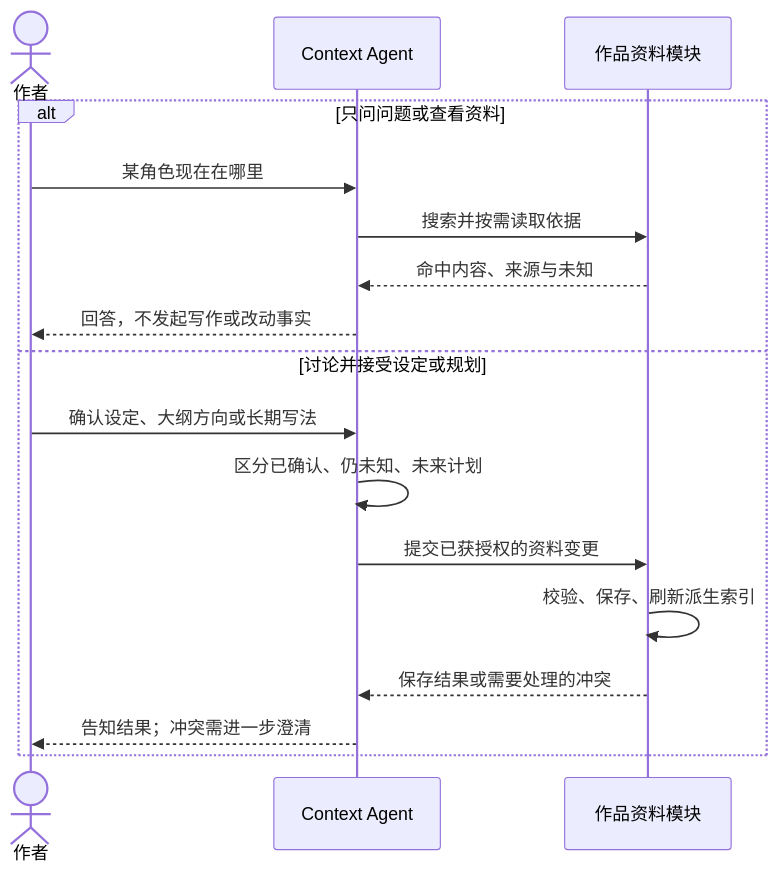
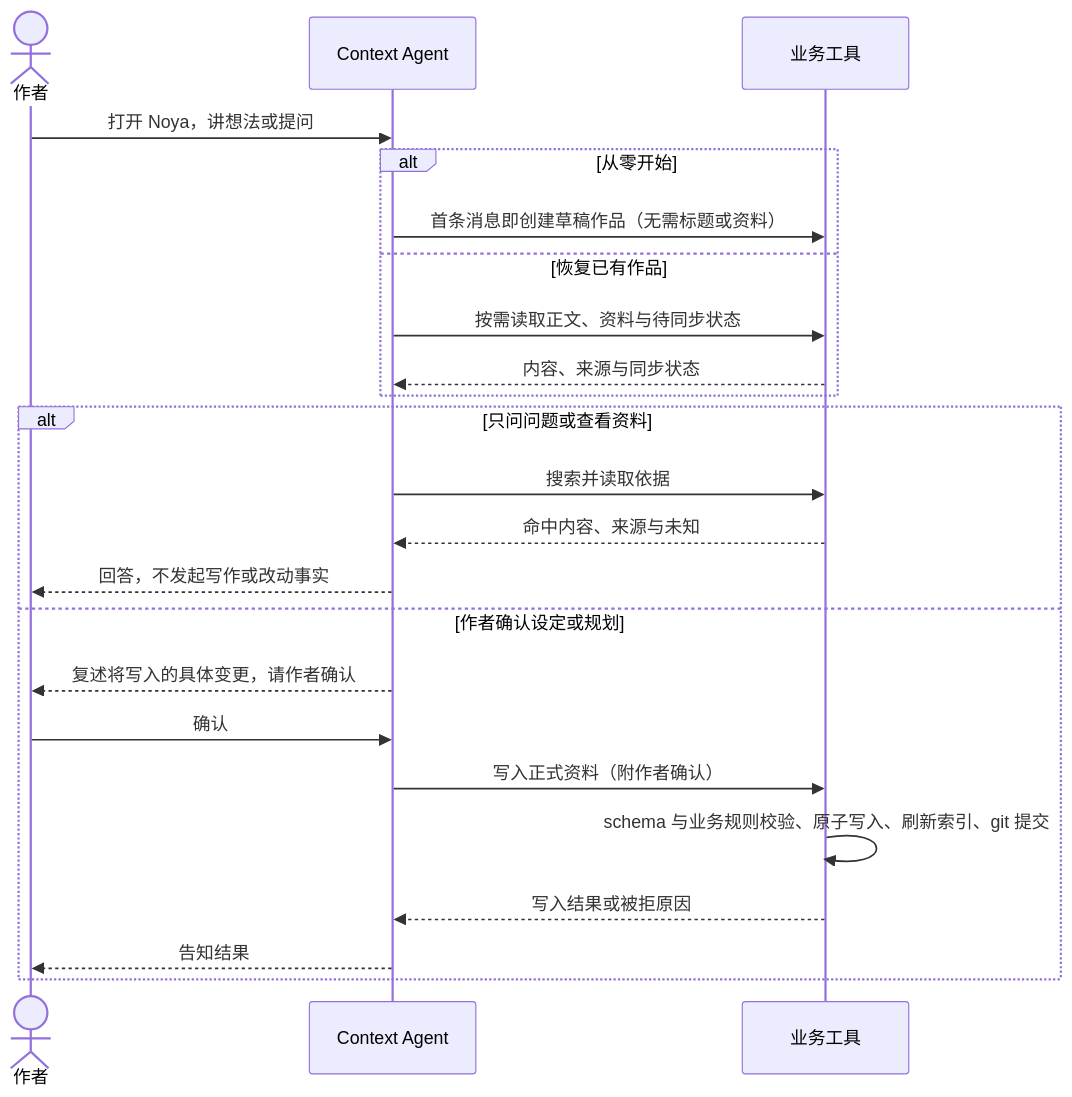
The second of 6 diagrams in docs/design/mvp-flow-and-architecture.md (wdnmdtonyma/Noya), drawn with Mermaid before and after one commit. The commit also changed other lines of this file and 5 other files, not shown here.

First line of the commit message:
docs: adopt Pi coding-agent with Skills and subagents for MVP architecture

````diff
--- a/docs/design/mvp-flow-and-architecture.md
+++ b/docs/design/mvp-flow-and-architecture.md
@@ -41,20 +89,26 @@
 ```mermaid
 sequenceDiagram
     actor Author as 作者
     participant Context as Context Agent
-    participant Work as 作品资料模块
+    participant Tools as 业务工具
 
+    Author->>Context: 打开 Noya，讲想法或提问
+    alt 从零开始
+        Context->>Tools: 首条消息即创建草稿作品（无需标题或资料）
+    else 恢复已有作品
+        Context->>Tools: 按需读取正文、资料与待同步状态
+        Tools-->>Context: 内容、来源与同步状态
+    end
     alt 只问问题或查看资料
-        Author->>Context: 某角色现在在哪里
-        Context->>Work: 搜索并按需读取依据
-        Work-->>Context: 命中内容、来源与未知
+        Context->>Tools: 搜索并读取依据
+        Tools-->>Context: 命中内容、来源与未知
         Context-->>Author: 回答，不发起写作或改动事实
-    else 讨论并接受设定或规划
-        Author->>Context: 确认设定、大纲方向或长期写法
-        Context->>Context: 区分已确认、仍未知、未来计划
-        Context->>Work: 提交已获授权的资料变更
-        Work->>Work: 校验、保存、刷新派生索引
-        Work-->>Context: 保存结果或需要处理的冲突
-        Context-->>Author: 告知结果；冲突需进一步澄清
+    else 作者确认设定或规划
+        Context-->>Author: 复述将写入的具体变更，请作者确认
+        Author->>Context: 确认
+        Context->>Tools: 写入正式资料（附作者确认）
+        Tools->>Tools: schema 与业务规则校验、原子写入、刷新索引、git 提交
+        Tools-->>Context: 写入结果或被拒原因
+        Context-->>Author: 告知结果
     end
 ```
````
